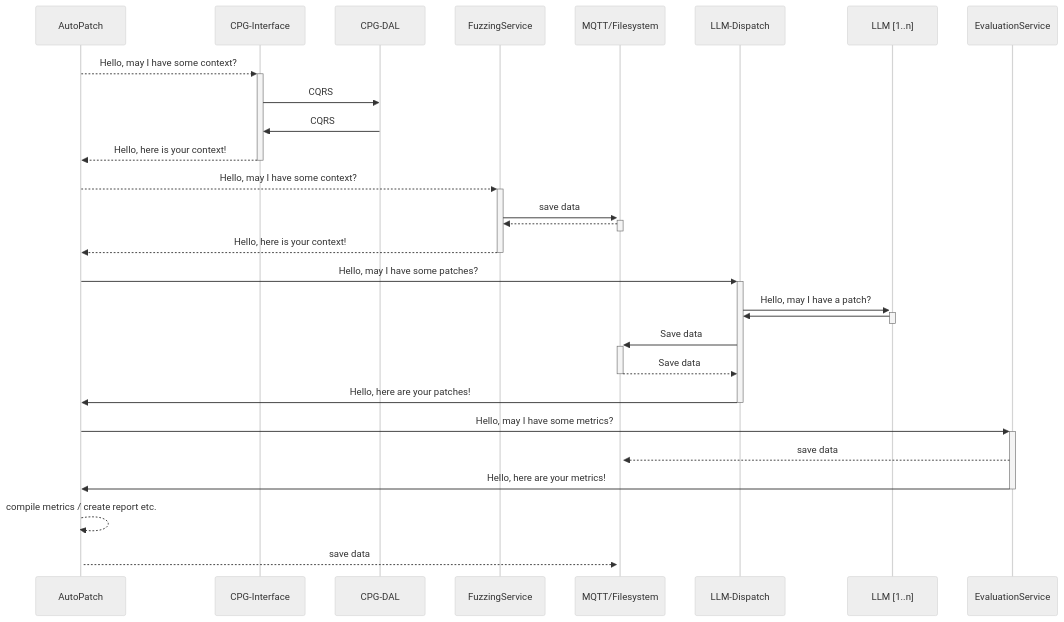
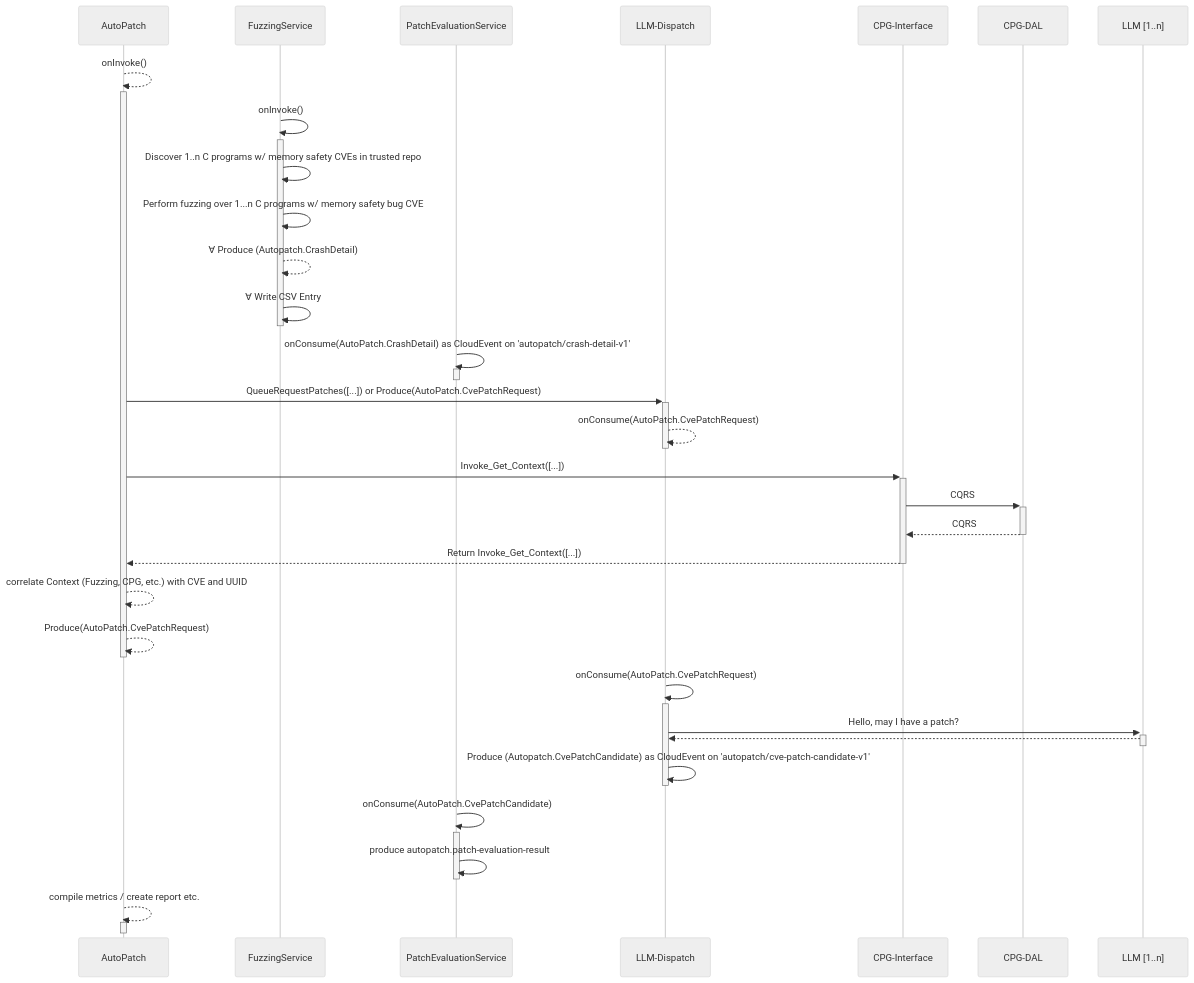
Before and after one commit to sysec-uic/AutoPatch-LLM: the diagram in README.md, drawn with Mermaid (neutral theme). The commit also changed other lines of this file, not shown here.

````diff
--- a/README.md
+++ b/README.md
@@ -13,22 +12,28 @@
 ```mermaid
 sequenceDiagram
-    AutoPatch-->>+CPG-Interface: Hello, may I have some context?
-    CPG-Interface->>CPG-DAL: CQRS
-    CPG-DAL->>CPG-Interface: CQRS
-    CPG-Interface-->>-AutoPatch: Hello, here is your context!
-    AutoPatch-->>+FuzzingService: Hello, may I have some context?
-    FuzzingService->>+MQTT/Filesystem: save data
-    MQTT/Filesystem-->>-FuzzingService: 
-    FuzzingService-->>-AutoPatch: Hello, here is your context!
-    AutoPatch->>+LLM-Dispatch: Hello, may I have some patches?
+    AutoPatch-->>+AutoPatch: onInvoke()
+    FuzzingService->>+FuzzingService: onInvoke()
+    FuzzingService->>FuzzingService: Discover 1..n C programs w/ memory safety CVEs in trusted repo
+    FuzzingService->>FuzzingService: Perform fuzzing over 1...n C programs w/ memory safety bug CVE
+    FuzzingService-->>FuzzingService: ∀ Produce (Autopatch.CrashDetail)
+    FuzzingService->>-FuzzingService: ∀ Write CSV Entry
+    PatchEvaluationService->>+PatchEvaluationService: onConsume(AutoPatch.CrashDetail) as CloudEvent on 'autopatch/crash-detail-v1'   
+    deactivate PatchEvaluationService
+    AutoPatch->>+LLM-Dispatch: QueueRequestPatches([...]) or Produce(AutoPatch.CvePatchRequest)
+    LLM-Dispatch-->>LLM-Dispatch: onConsume(AutoPatch.CvePatchRequest)
+    deactivate LLM-Dispatch
+    AutoPatch->>+CPG-Interface: Invoke_Get_Context([...])
+    CPG-Interface->>+CPG-DAL: CQRS
+    CPG-DAL-->>-CPG-Interface: CQRS
+    CPG-Interface-->>-AutoPatch: Return Invoke_Get_Context([...])
+    AutoPatch-->>AutoPatch: correlate Context (Fuzzing, CPG, etc.) with CVE and UUID
+    AutoPatch-->>-AutoPatch: Produce(AutoPatch.CvePatchRequest)
+    LLM-Dispatch->>+LLM-Dispatch: onConsume(AutoPatch.CvePatchRequest)
     LLM-Dispatch->>+LLM [1..n]: Hello, may I have a patch?
-    LLM [1..n] ->>-LLM-Dispatch: 
-    LLM-Dispatch->>+MQTT/Filesystem: Save data
-    MQTT/Filesystem-->>-LLM-Dispatch: Save data
-    LLM-Dispatch->>-AutoPatch: Hello, here are your patches!
-    AutoPatch->>+EvaluationService: Hello, may I have some metrics?
-    EvaluationService-->>+MQTT/Filesystem: save data
-    EvaluationService->>-AutoPatch: Hello, here are your metrics!
+    LLM [1..n]-->>-LLM-Dispatch: 
+    LLM-Dispatch->>-LLM-Dispatch: Produce (Autopatch.CvePatchCandidate) as CloudEvent on 'autopatch/cve-patch-candidate-v1'
+    PatchEvaluationService->>+PatchEvaluationService: onConsume(AutoPatch.CvePatchCandidate) 
+    PatchEvaluationService->>-PatchEvaluationService: produce autopatch.patch-evaluation-result
     AutoPatch-->>+AutoPatch: compile metrics / create report etc.
-    AutoPatch-->>+MQTT/Filesystem: save data
+    deactivate AutoPatch
 ```
````
